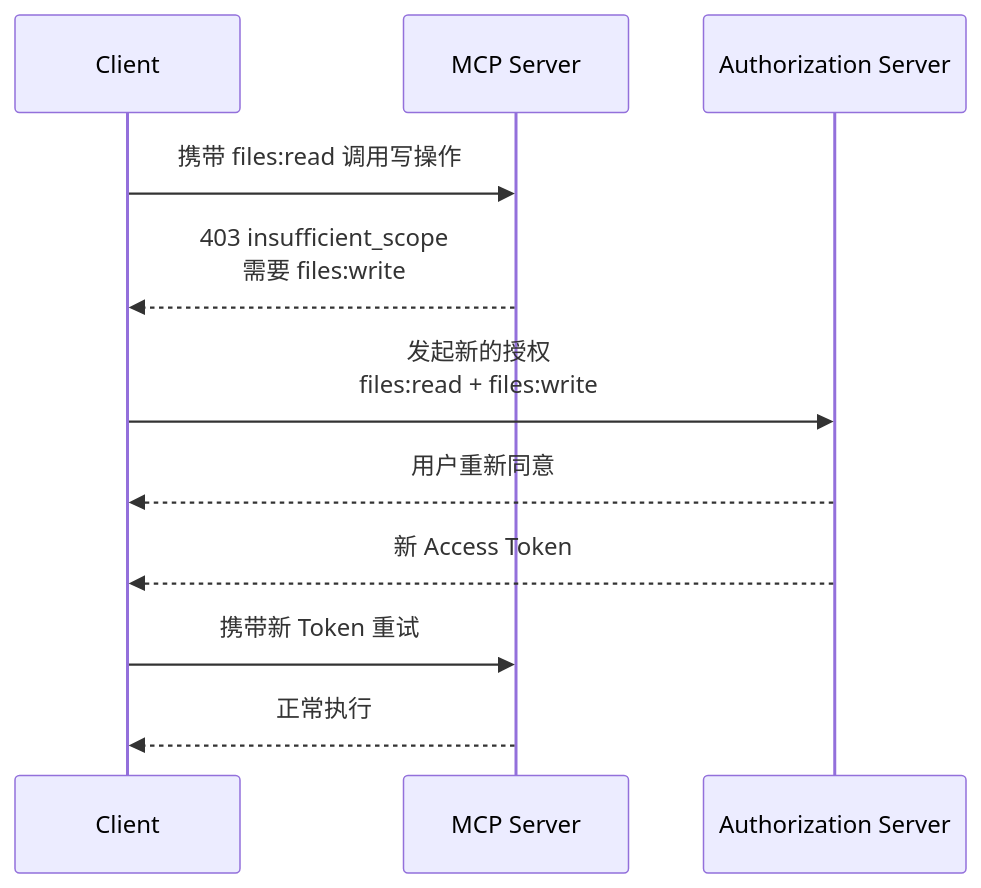
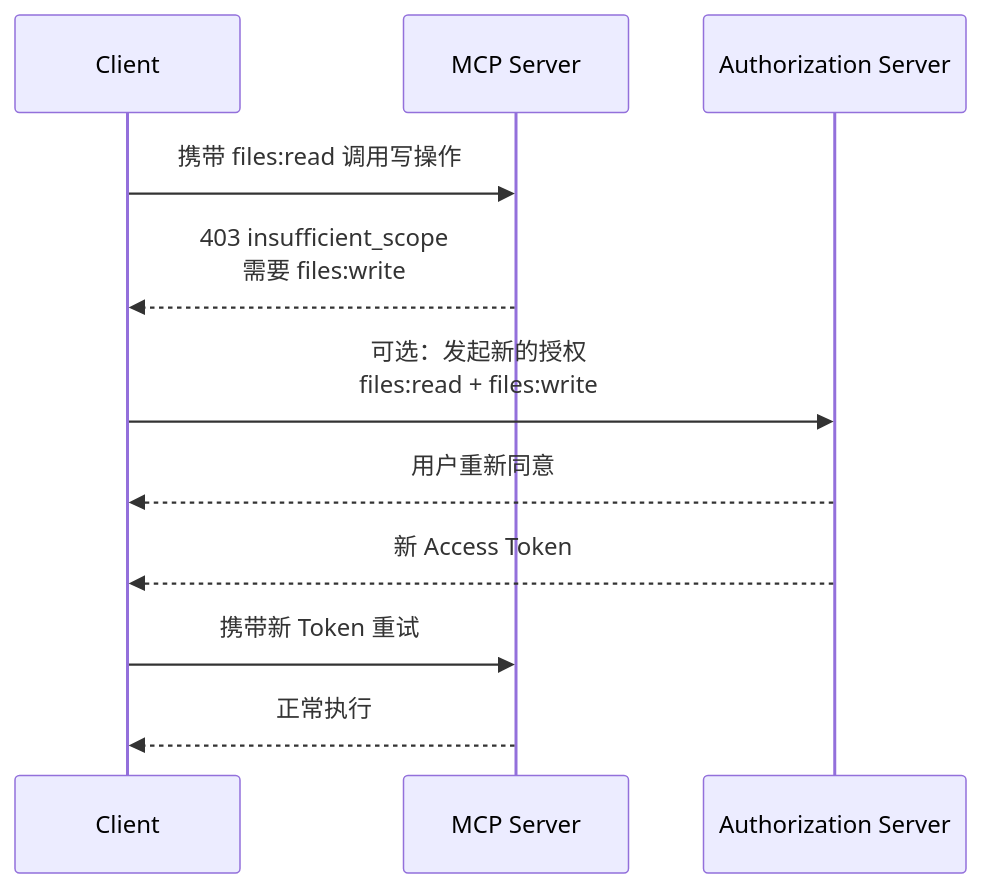
The fourth of 4 diagrams in docs/principles/deep-mcp-authorization.md (itkdm/aiagentguide), drawn with Mermaid before and after one commit. The commit also changed other lines of this file and 1 other file, not shown here.

````diff
--- a/docs/principles/deep-mcp-authorization.md
+++ b/docs/principles/deep-mcp-authorization.md
@@ -1192,14 +1145,14 @@
 ```mermaid
 sequenceDiagram
     participant C as Client
     participant S as MCP Server
     participant A as Authorization Server
 
     C->>S: 携带 files:read 调用写操作
     S-->>C: 403 insufficient_scope<br/>需要 files:write
-    C->>A: 发起新的授权<br/>files:read + files:write
+    C->>A: 可选：发起新的授权<br/>files:read + files:write
     A-->>C: 用户重新同意
     A-->>C: 新 Access Token
     C->>S: 携带新 Token 重试
     S-->>C: 正常执行
 ```
````
